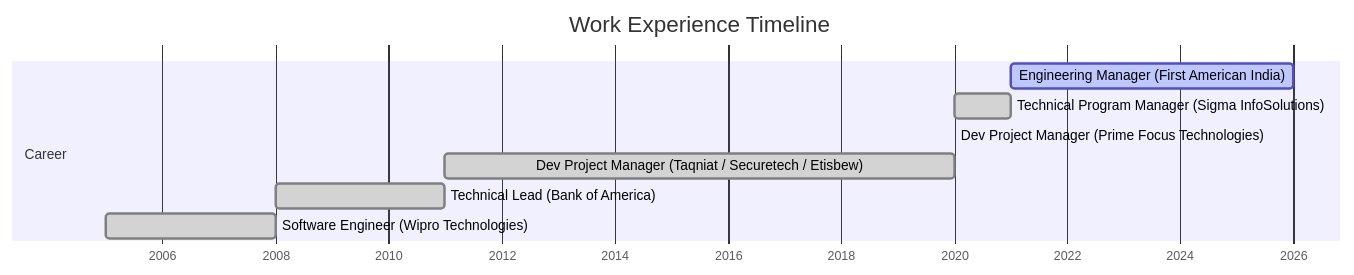
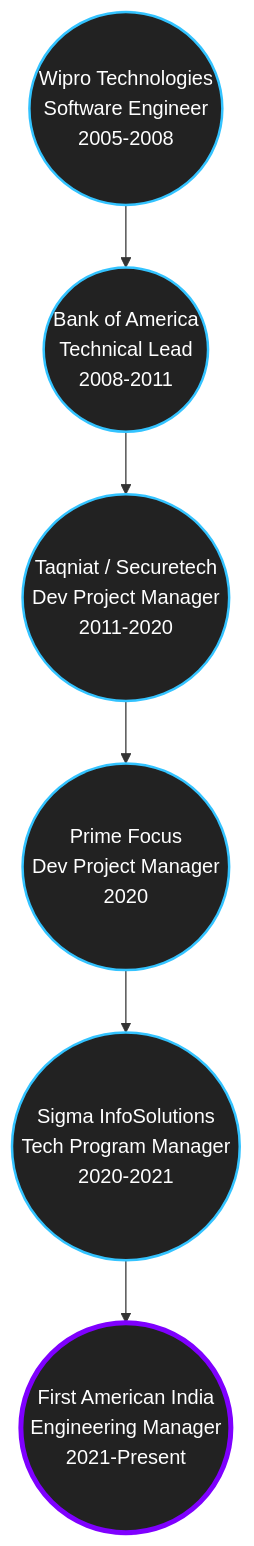
One commit to dilipsamanta/dilipsamanta changed the diagram in README.md. Above: the diagram before and after it, drawn with Mermaid.

Commit message:
Update work experience chart to circular flowchart

````diff
--- a/README.md
+++ b/README.md
@@ -20,13 +20,15 @@
 ```mermaid
-gantt
-    title Work Experience Timeline
-    dateFormat  YYYY
-    axisFormat  %Y
-    section Career
-    Engineering Manager (First American India)           :active, fa, 2021, 2026
-    Technical Program Manager (Sigma InfoSolutions)      :done, sigma, 2020, 2021
-    Dev Project Manager (Prime Focus Technologies)       :done, pft, 2020, 2020
-    Dev Project Manager (Taqniat / Securetech / Etisbew) :done, taq, 2011, 2020
-    Technical Lead (Bank of America)                     :done, boa, 2008, 2011
-    Software Engineer (Wipro Technologies)               :done, wipro, 2005, 2008
+graph TD
+    A((Wipro Technologies<br/>Software Engineer<br/>2005-2008)) --> B((Bank of America<br/>Technical Lead<br/>2008-2011))
+    B --> C((Taqniat / Securetech<br/>Dev Project Manager<br/>2011-2020))
+    C --> D((Prime Focus<br/>Dev Project Manager<br/>2020))
+    D --> E((Sigma InfoSolutions<br/>Tech Program Manager<br/>2020-2021))
+    E --> F((First American India<br/>Engineering Manager<br/>2021-Present))
+
+    style A fill:#222,stroke:#33c3ff,stroke-width:2px,color:#fff
+    style B fill:#222,stroke:#33c3ff,stroke-width:2px,color:#fff
+    style C fill:#222,stroke:#33c3ff,stroke-width:2px,color:#fff
+    style D fill:#222,stroke:#33c3ff,stroke-width:2px,color:#fff
+    style E fill:#222,stroke:#33c3ff,stroke-width:2px,color:#fff
+    style F fill:#222,stroke:#7f00ff,stroke-width:4px,color:#fff
 ```
````
